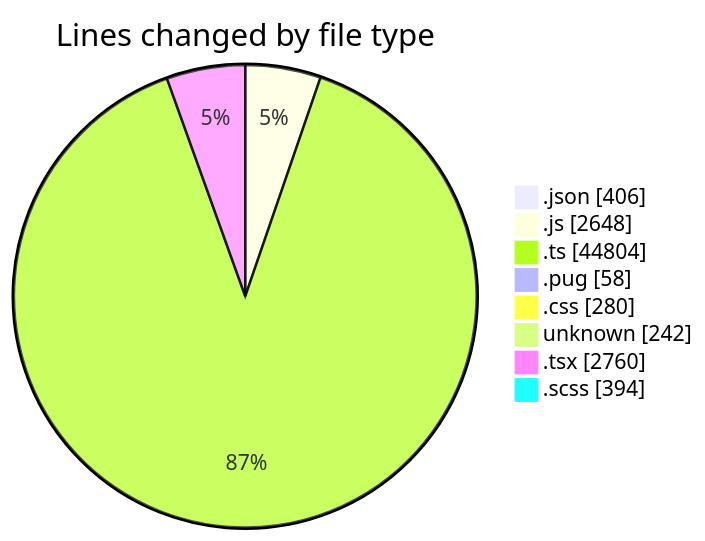
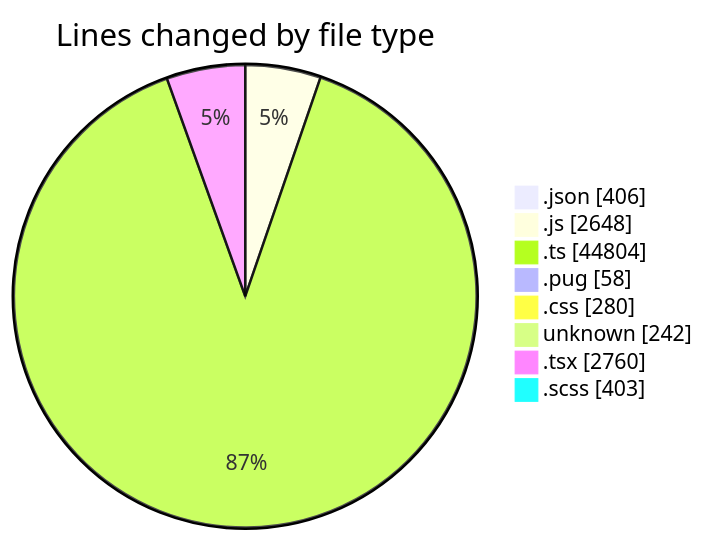
One commit to momahboobian/code-tracking changed the first of 2 diagrams in 2026-06-02/cda/README.md. Above: the diagram before and after it, drawn with Mermaid. The commit also changed other lines of this file and 1 other file, not shown here.

````diff
--- a/2026-06-02/cda/README.md
+++ b/2026-06-02/cda/README.md
@@ -69,12 +69,12 @@
 ```mermaid
 pie showData
 title Lines changed by file type
 ".json" : 406
 ".js" : 2648
 ".ts" : 44804
 ".pug" : 58
 ".css" : 280
 "unknown" : 242
 ".tsx" : 2760
-".scss" : 394
+".scss" : 403
 ```
````
